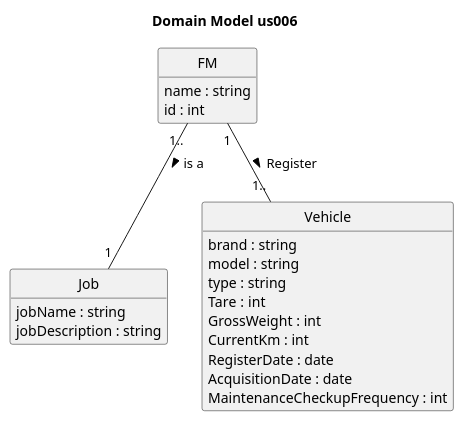
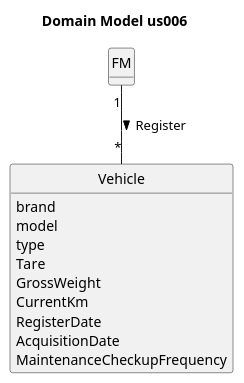
Before and after one commit to Departamento-de-Engenharia-Informatica/lei-24-s2-1dm-g132: the diagram in docs/sprintA/us006_rui/02.analysis/puml/project-domain-model.puml, drawn with PlantUML. The commit also changed other lines of this file and 1 other file, not shown here.

Commit message:
Small Changes in the us006 and us002 domain model

```diff
--- a/docs/sprintA/us006_rui/02.analysis/puml/project-domain-model.puml
+++ b/docs/sprintA/us006_rui/02.analysis/puml/project-domain-model.puml
@@ -1,45 +1,33 @@
 @startuml
 skinparam monochrome true
 skinparam packageStyle rectangle
 skinparam shadowing false
 'skinparam linetype ortho
 'left to right direction
 skinparam classAttributeIconSize 0
 hide circle
 hide methods
 
 title Domain Model us006
 
 class FM {
-    name : string
-    id : int
 }
 
-class Job {
-    jobName : string
-    jobDescription : string
+class Vehicle {
+    brand
+    model
+    type
+    Tare
+    GrossWeight
+    CurrentKm
+    RegisterDate
+    AcquisitionDate
+    MaintenanceCheckupFrequency
 }
 
 
-
-class Vehicle {
-    brand : string
-    model : string
-    type : string
-    Tare : int
-    GrossWeight : int
-    CurrentKm : int
-    RegisterDate : date
-    AcquisitionDate : date
-    MaintenanceCheckupFrequency : int
-}
-
-
-
-
-FM "1.." -- "1" Job : is a >
-FM "1" -- "1.." Vehicle : Register >
+FM "1" -- "*" Vehicle : Register >
 
 
 
 @enduml
```
